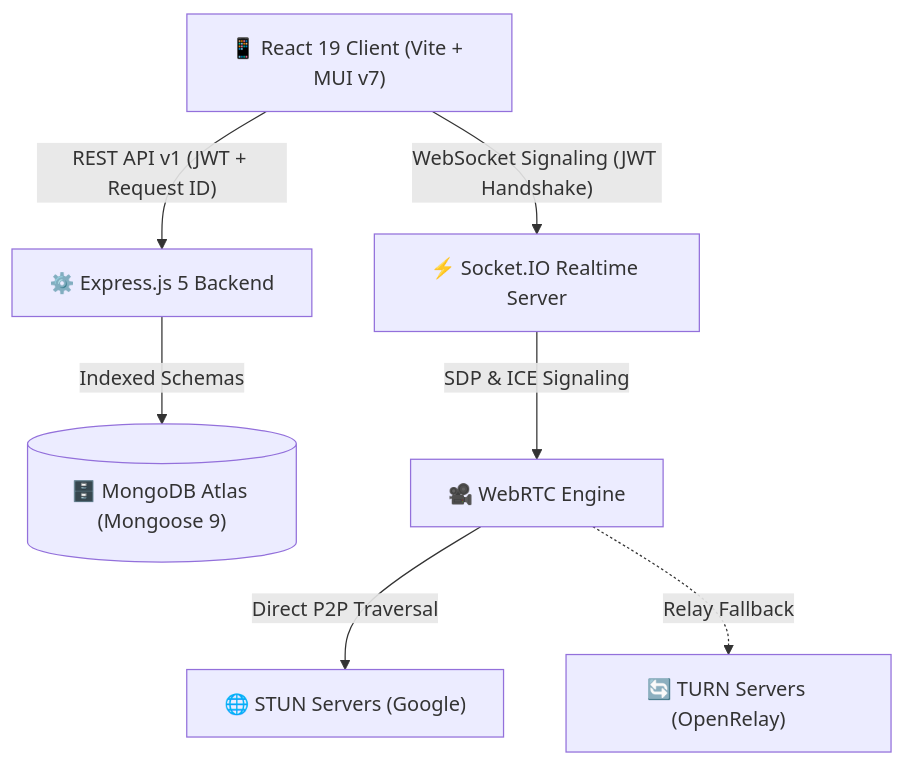
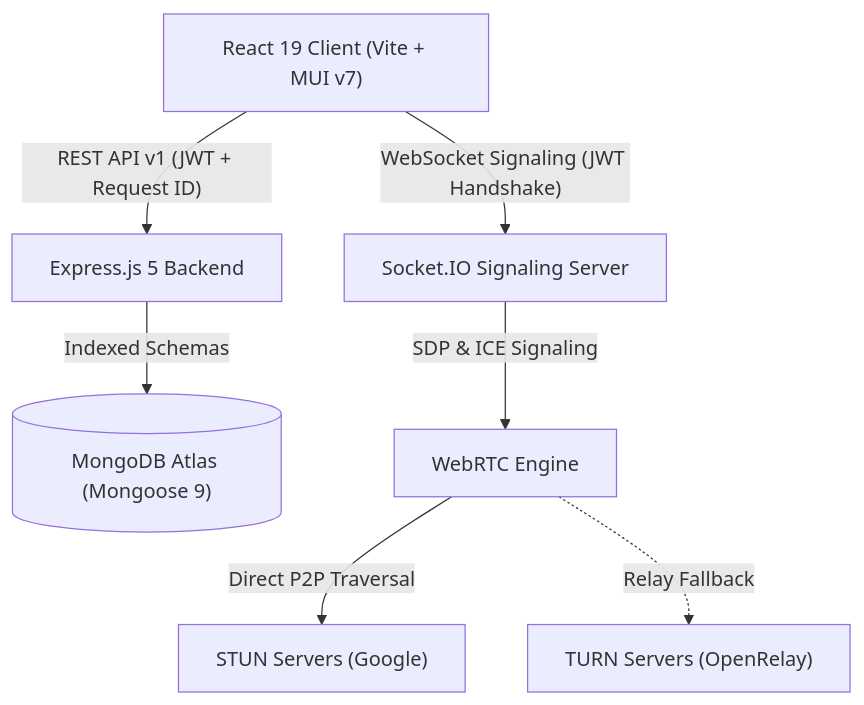
One commit to Sekhar01807/Novacall changed the first of 3 diagrams in README.md. Above: the diagram before and after it, drawn with Mermaid. The commit also changed other lines of this file, not shown here.

````diff
--- a/README.md
+++ b/README.md
@@ -77,10 +86,10 @@
 ```mermaid
 graph TD
-    Client["📱 React 19 Client (Vite + MUI v7)"]
-    Client -->|"REST API v1 (JWT + Request ID)"| Express["⚙️ Express.js 5 Backend"]
-    Client -->|"WebSocket Signaling (JWT Handshake)"| Socket["⚡ Socket.IO Realtime Server"]
-    Express -->|"Indexed Schemas"| Mongo[("🗄️ MongoDB Atlas (Mongoose 9)")]
-    Socket -->|"SDP & ICE Signaling"| WebRTC["🎥 WebRTC Engine"]
-    WebRTC -->|"Direct P2P Traversal"| STUN["🌐 STUN Servers (Google)"]
-    WebRTC -.->|"Relay Fallback"| TURN["🔄 TURN Servers (OpenRelay)"]
+    Client["React 19 Client (Vite + MUI v7)"]
+    Client -->|"REST API v1 (JWT + Request ID)"| Express["Express.js 5 Backend"]
+    Client -->|"WebSocket Signaling (JWT Handshake)"| Socket["Socket.IO Signaling Server"]
+    Express -->|"Indexed Schemas"| Mongo[("MongoDB Atlas (Mongoose 9)")]
+    Socket -->|"SDP & ICE Signaling"| WebRTC["WebRTC Engine"]
+    WebRTC -->|"Direct P2P Traversal"| STUN["STUN Servers (Google)"]
+    WebRTC -.->|"Relay Fallback"| TURN["TURN Servers (OpenRelay)"]
 ```
````
